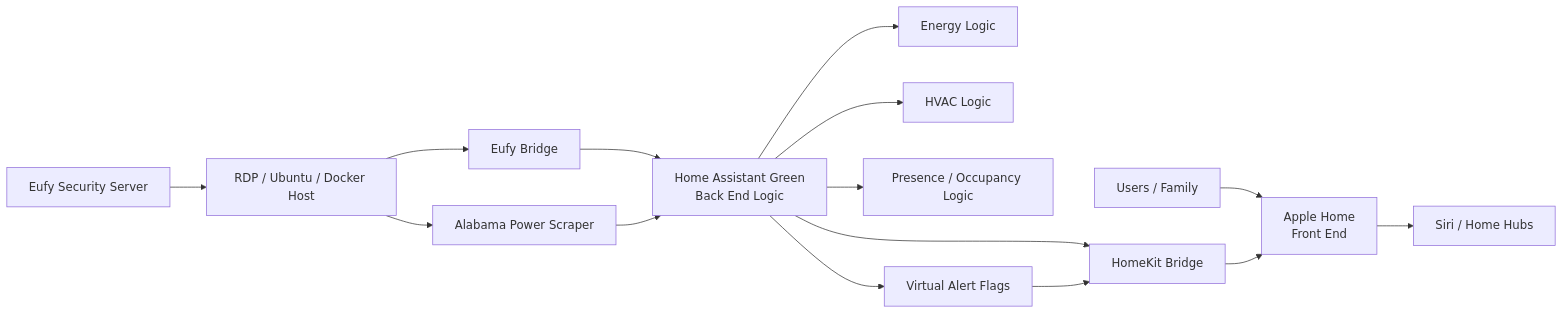
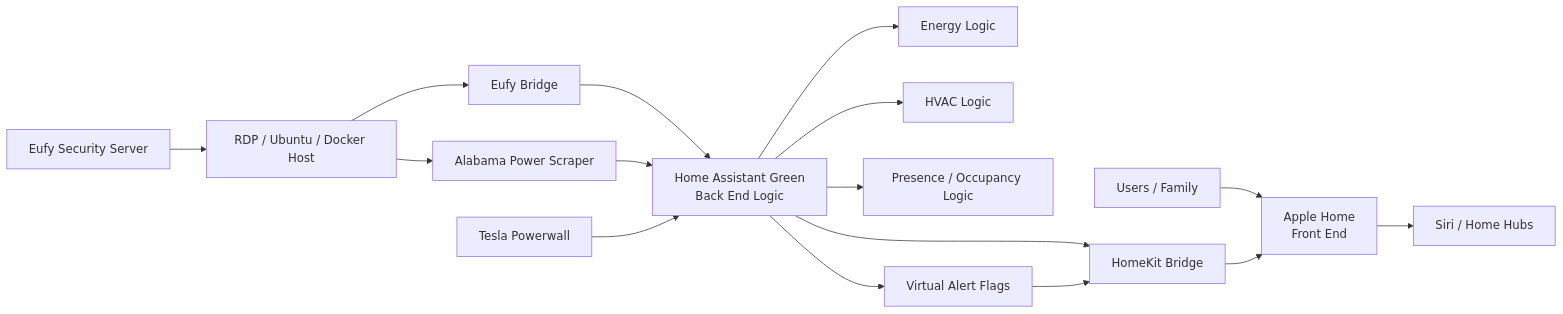
The diagram in README.md (VicDubose/Smart-Home-Infrastructure), drawn with Mermaid before and after one commit.

Commit message:
Add Tesla Powerwall to README diagram
Added Tesla Powerwall to the automation architecture diagram.

````diff
--- a/README.md
+++ b/README.md
@@ -198,28 +198,31 @@
 ```mermaid
 flowchart LR
     USERS[Users / Family] --> AH[Apple Home<br/>Front End]
     AH --> SIRI[Siri / Home Hubs]
 
     HA[Home Assistant Green<br/>Back End Logic] --> HK[HomeKit Bridge]
     HK --> AH
 
     EUFYSERVER[Eufy Security Server]
     RDP[RDP / Ubuntu / Docker Host]
     EUFYBRIDGE[Eufy Bridge]
 
     APSCRAPER[Alabama Power Scraper]
+    TESLA[Tesla Powerwall]
 
     EUFYSERVER --> RDP
     RDP --> EUFYBRIDGE
     EUFYBRIDGE --> HA
 
     RDP --> APSCRAPER
     APSCRAPER --> HA
 
+    TESLA --> HA
+
     HA --> ENERGY[Energy Logic]
     HA --> HVAC[HVAC Logic]
     HA --> PRESENCE[Presence / Occupancy Logic]
     HA --> ALERTS[Virtual Alert Flags]
 
     ALERTS --> HK
 ```
````
